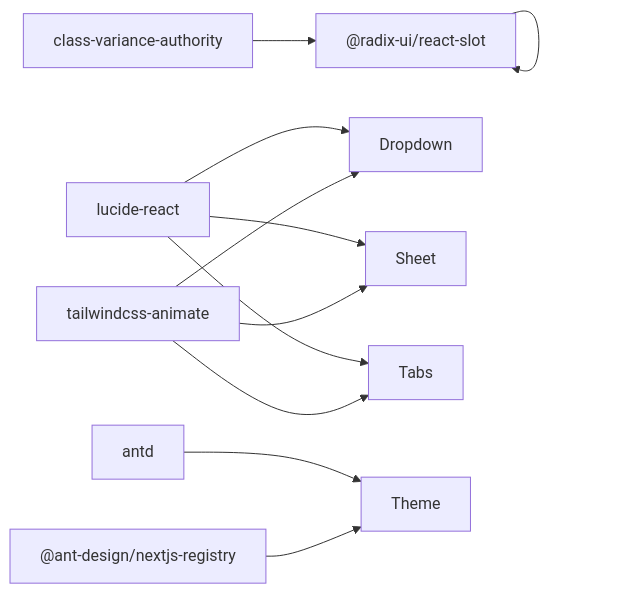
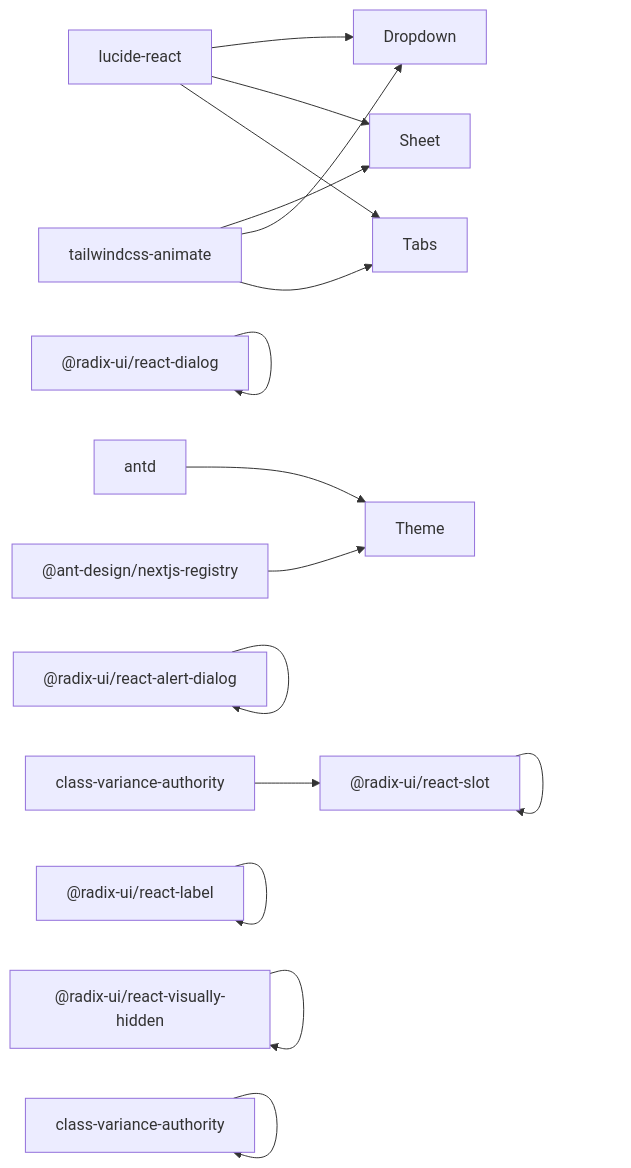
One commit to KunLabAI/KunFlix changed the fifth of 5 diagrams in .qoder/repowiki/zh/content/前端开发指南/UI 组件设计.md. Above: the diagram before and after it, drawn with Mermaid. The commit also changed other lines of this file and 155 other files, not shown here.

````diff
--- a/.qoder/repowiki/zh/content/前端开发指南/UI 组件设计.md
+++ b/.qoder/repowiki/zh/content/前端开发指南/UI 组件设计.md
@@ -404,13 +532,18 @@
 ```mermaid
 graph LR
 Button["@radix-ui/react-slot"] --> Button
 Variants["class-variance-authority"] --> Button
 Lucide["lucide-react"] --> Dropdown
 Lucide --> Sheet
 Lucide --> Tabs
 Animate["tailwindcss-animate"] --> Sheet
 Animate --> Dropdown
 Animate --> Tabs
+Dialog["@radix-ui/react-dialog"] --> Dialog
+AlertDialog["@radix-ui/react-alert-dialog"] --> AlertDialog
+Form["@radix-ui/react-label"] --> Form
+Table["@radix-ui/react-visually-hidden"] --> Table
+Badge["class-variance-authority"] --> Badge
 Antd["antd"] --> Theme
 Registry["@ant-design/nextjs-registry"] --> Theme
 ```
````
